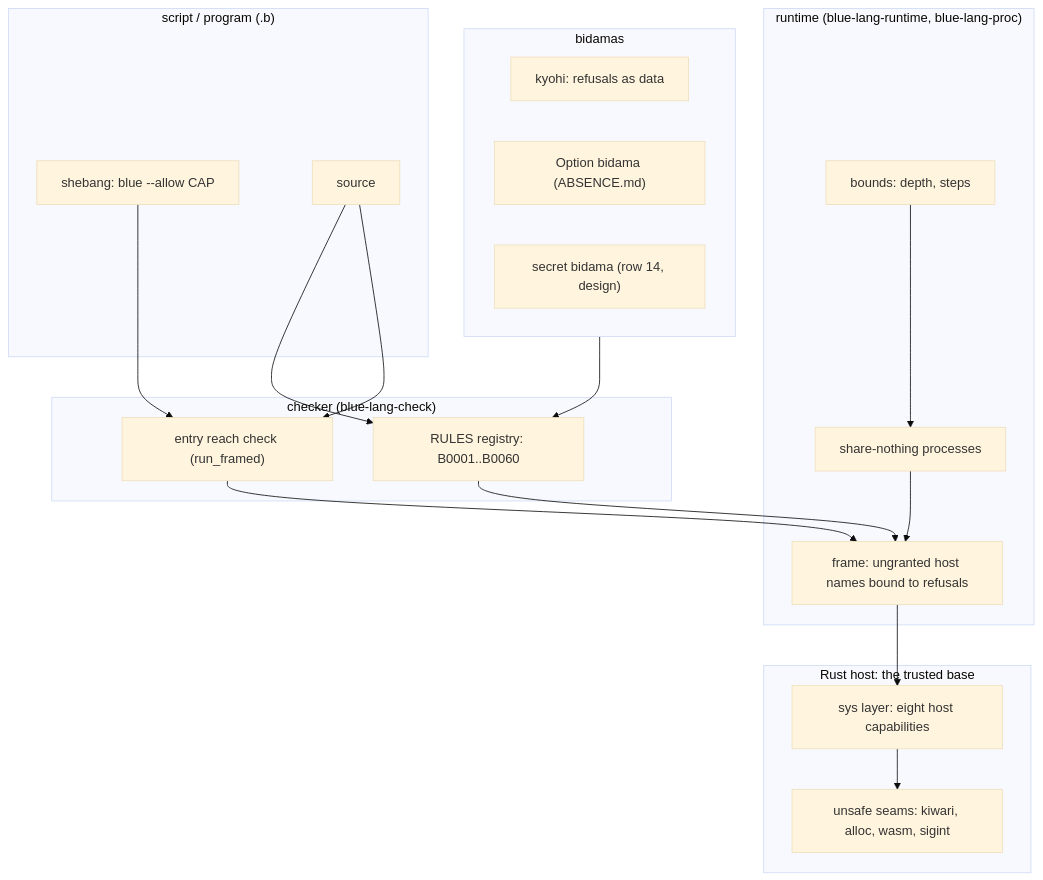
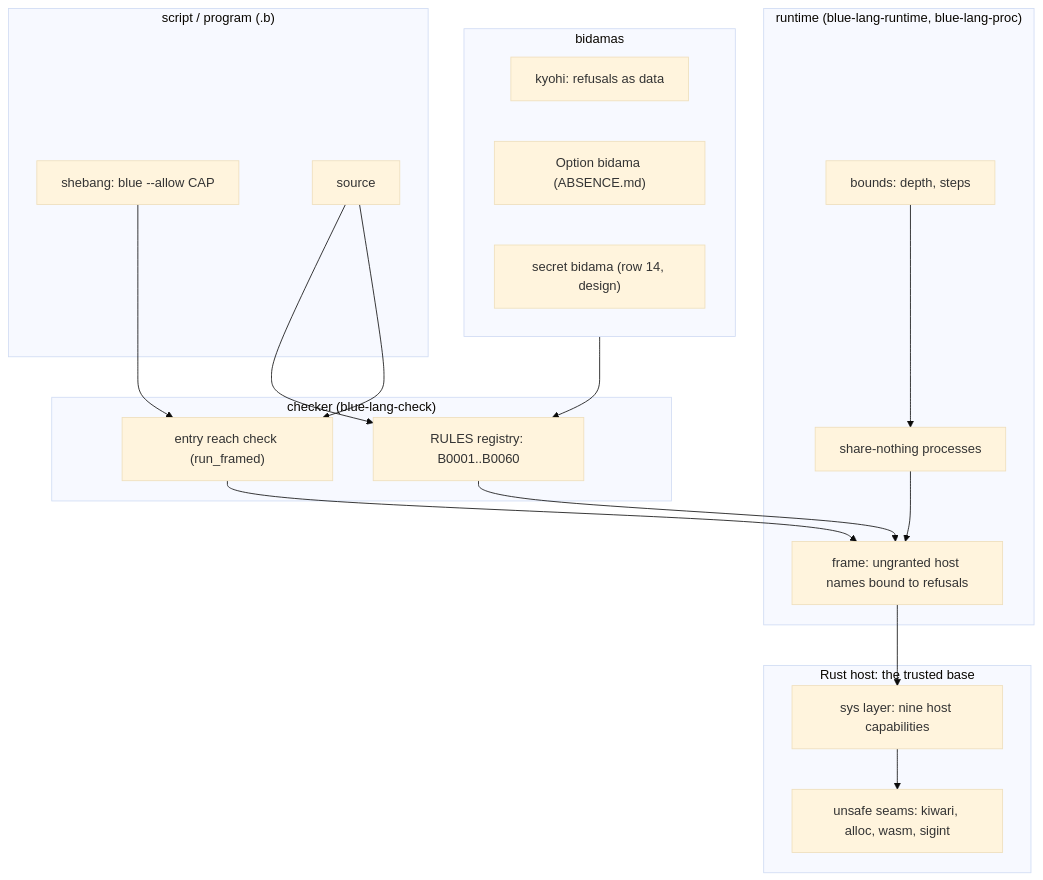
One commit to pleme-io/blue changed the first of 3 diagrams in docs/SAFETY.md. Above: the diagram before and after it, drawn with Mermaid (base theme). The commit also changed other lines of this file and 53 other files, not shown here.

````diff
--- a/docs/SAFETY.md
+++ b/docs/SAFETY.md
@@ -621,35 +653,35 @@
 ```mermaid
 flowchart TB
   subgraph S["script / program (.b)"]
     SB["shebang: blue --allow CAP"]
     SRC["source"]
   end
   subgraph B["bidamas"]
     KY["kyohi: refusals as data"]
     OPT["Option bidama (ABSENCE.md)"]
     SEC["secret bidama (row 14, design)"]
   end
   subgraph C["checker (blue-lang-check)"]
     RULES["RULES registry: B0001..B0060"]
     REACH["entry reach check (run_framed)"]
   end
   subgraph R["runtime (blue-lang-runtime, blue-lang-proc)"]
     FRAME["frame: ungranted host names bound to refusals"]
     BOUNDS["bounds: depth, steps"]
     PROC["share-nothing processes"]
   end
   subgraph H["Rust host: the trusted base"]
-    SYS["sys layer: eight host capabilities"]
+    SYS["sys layer: nine host capabilities"]
     SEAMS["unsafe seams: kiwari, alloc, wasm, sigint"]
   end
   SB --> REACH
   SRC --> RULES
   SRC --> REACH
   B --> RULES
   RULES --> FRAME
   REACH --> FRAME
   FRAME --> SYS
   PROC --> FRAME
   BOUNDS --> PROC
   SYS --> SEAMS
 ```
````
